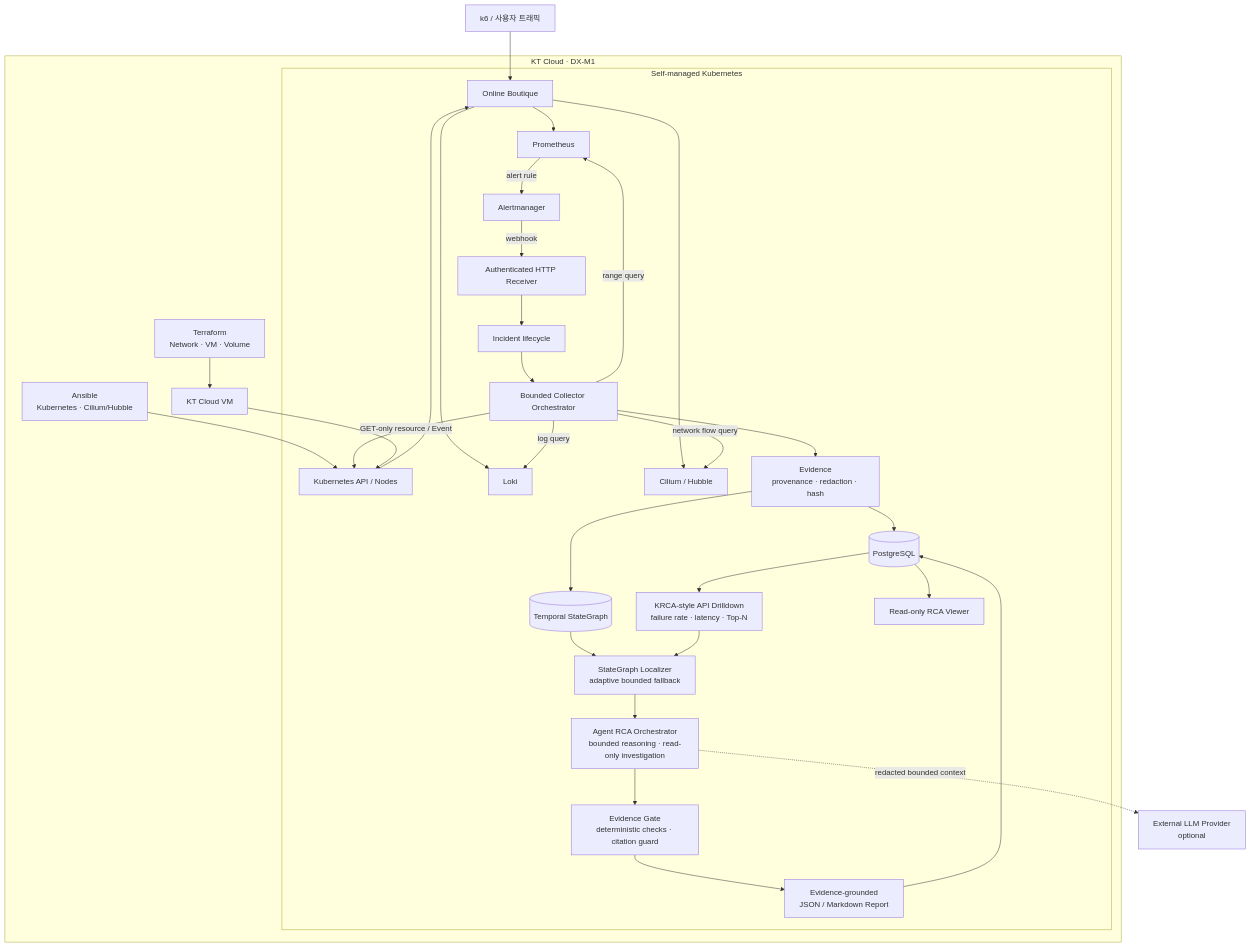
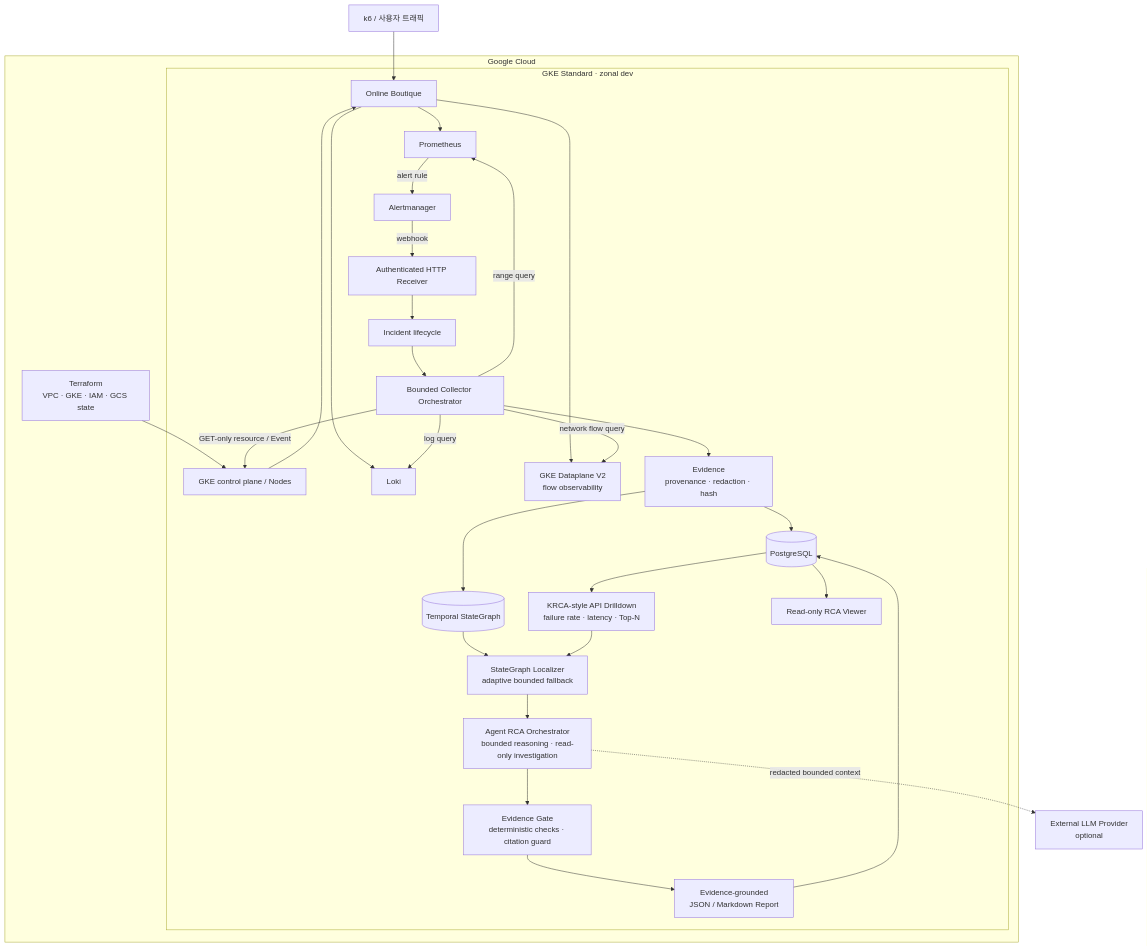
Before and after one commit to kyunghoon02/agent-RCA: the diagram in README.md, drawn with Mermaid. The commit also changed other lines of this file and 13 other files, not shown here.

Commit message:
refactor: migrate runtime target to GCP and GKE

````diff
--- a/README.md
+++ b/README.md
@@ -42,43 +44,41 @@
 ```mermaid
 flowchart TB
     USER["k6 / 사용자 트래픽"] --> APP
 
-    subgraph KT["KT Cloud · DX-M1"]
-        TF["Terraform<br/>Network · VM · Volume"] --> VM["KT Cloud VM"]
-        AN["Ansible<br/>Kubernetes · Cilium/Hubble"] --> KAPI
+    subgraph GCP["Google Cloud"]
+        TF["Terraform<br/>VPC · GKE · IAM · GCS state"] --> KAPI
 
-        subgraph K8S["Self-managed Kubernetes"]
-            KAPI["Kubernetes API / Nodes"] --> APP["Online Boutique"]
+        subgraph K8S["GKE Standard · zonal dev"]
+            KAPI["GKE control plane / Nodes"] --> APP["Online Boutique"]
 
             APP --> P["Prometheus"]
             APP --> L["Loki"]
-            APP --> H["Cilium / Hubble"]
+            APP --> H["GKE Dataplane V2<br/>flow observability"]
             P -->|"alert rule"| AM["Alertmanager"]
 
             AM -->|"webhook"| RX["Authenticated HTTP Receiver"]
             RX --> INC["Incident lifecycle"]
             INC --> COL["Bounded Collector Orchestrator"]
 
             COL -->|"range query"| P
             COL -->|"log query"| L
             COL -->|"network flow query"| H
             COL -->|"GET-only resource / Event"| KAPI
             COL --> EV["Evidence<br/>provenance · redaction · hash"]
 
             EV --> PG[("PostgreSQL")]
             EV --> SG[("Temporal StateGraph")]
             PG --> KRCA["KRCA-style API Drilldown<br/>failure rate · latency · Top-N"]
             SG --> LOC["StateGraph Localizer<br/>adaptive bounded fallback"]
             KRCA --> LOC
             LOC --> RCA["Agent RCA Orchestrator<br/>bounded reasoning · read-only investigation"]
             RCA --> GATE["Evidence Gate<br/>deterministic checks · citation guard"]
             GATE --> REPORT["Evidence-grounded<br/>JSON / Markdown Report"]
             REPORT --> PG
             PG --> VIEW["Read-only RCA Viewer"]
         end
 
-        VM --> KAPI
     end
 
     RCA -.->|"redacted bounded context"| LLM["External LLM Provider<br/>optional"]
 ```
````
